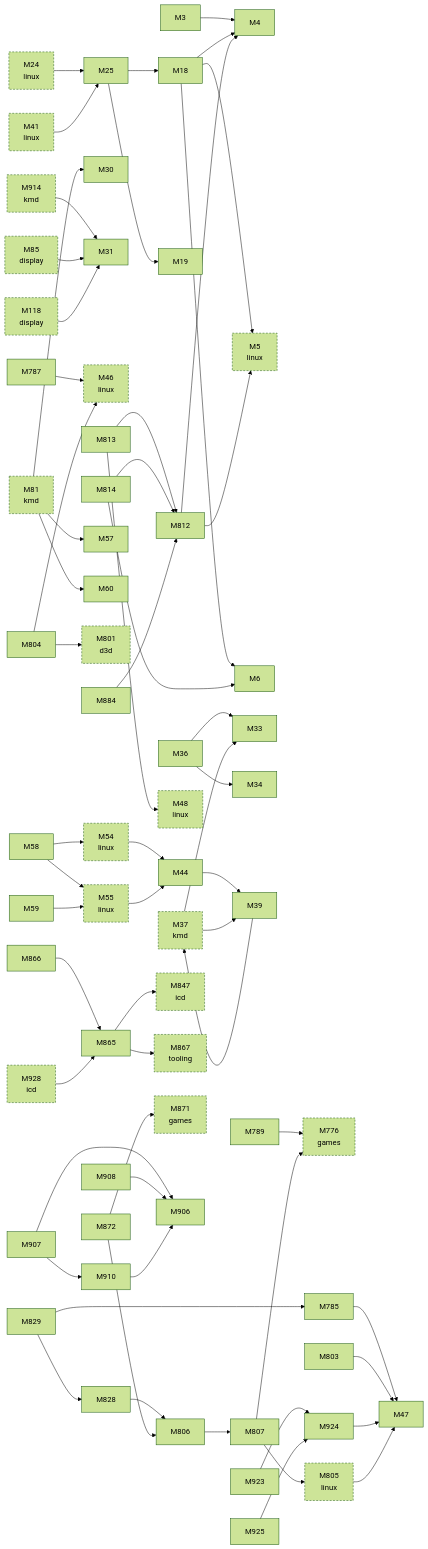
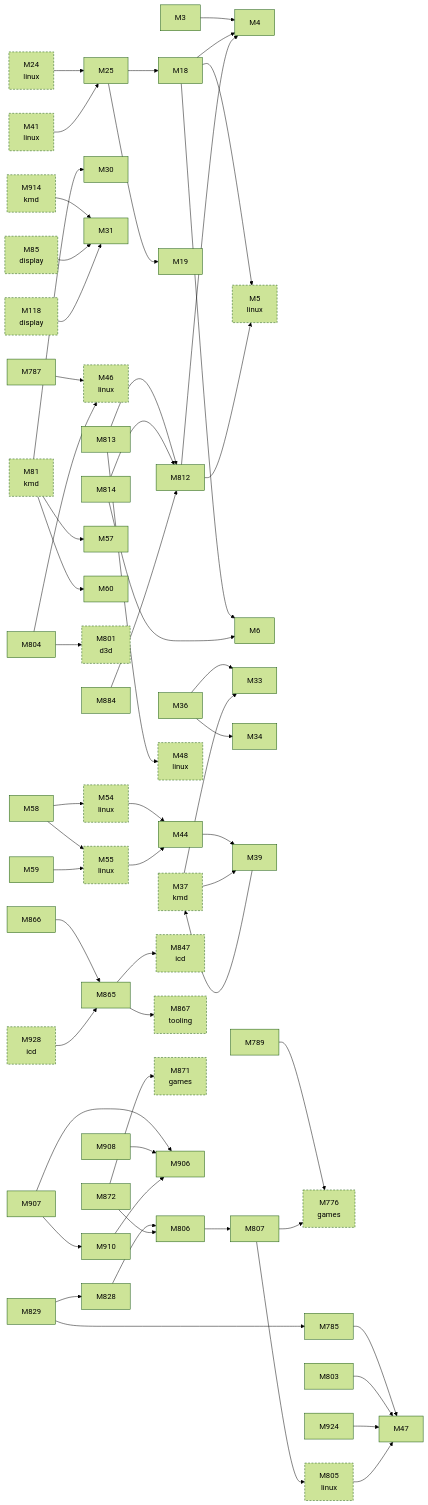
The second of 3 diagrams in docs/facts/graphs/hardware.md (D-Ogi/amdgpu-wddm), drawn with Mermaid (forest theme) before and after one commit. The commit also changed 16 other files, not shown here.

```diff
--- a/docs/facts/graphs/hardware.md
+++ b/docs/facts/graphs/hardware.md
@@ -142,9 +142,7 @@
   M908["M908"]
   M910["M910"]
   M914["M914<br/>kmd"]
-  M923["M923"]
   M924["M924"]
-  M925["M925"]
   M928["M928<br/>icd"]
   M3 --> M4
   M18 --> M4
@@ -187,9 +185,7 @@
   M907 --> M910
   M908 --> M906
   M910 --> M906
-  M923 --> M924
   M924 --> M47
-  M925 --> M924
   M37 --> M33
   M37 --> M39
   M81 --> M30
```
